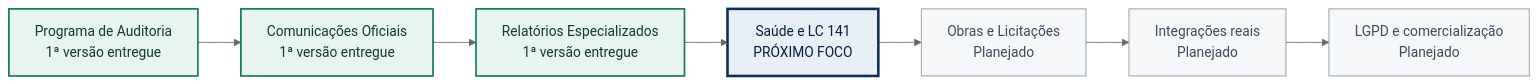
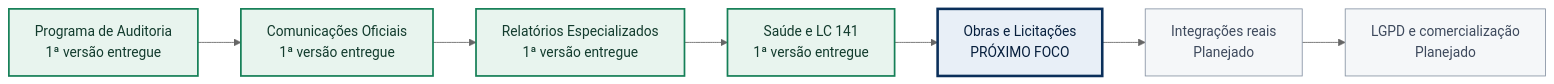
The second of 3 diagrams in docs/roadmap-modulos.md (matssz/trilhagov), drawn with Mermaid (neutral theme) before and after one commit. The commit also changed other lines of this file and 24 other files, not shown here.

````diff
--- a/docs/roadmap-modulos.md
+++ b/docs/roadmap-modulos.md
@@ -36,19 +36,19 @@
 ```mermaid
 flowchart LR
     A["Programa de Auditoria<br/>1ª versão entregue"]
     B["Comunicações Oficiais<br/>1ª versão entregue"]
     C["Relatórios Especializados<br/>1ª versão entregue"]
-    D["Saúde e LC 141<br/>PRÓXIMO FOCO"]
-    E["Obras e Licitações<br/>Planejado"]
+    D["Saúde e LC 141<br/>1ª versão entregue"]
+    E["Obras e Licitações<br/>PRÓXIMO FOCO"]
     F["Integrações reais<br/>Planejado"]
     G["LGPD e comercialização<br/>Planejado"]
 
     A --> B --> C --> D --> E --> F --> G
 
     classDef delivered fill:#e8f4ee,stroke:#157f57,color:#123b2d,stroke-width:2px;
     classDef focus fill:#e8eff7,stroke:#0a2f5a,color:#071f3d,stroke-width:3px;
     classDef planned fill:#f5f7f9,stroke:#8995a5,color:#3e4a5d,stroke-width:1px;
-    class A,B,C delivered;
-    class D focus;
-    class E,F,G planned;
+    class A,B,C,D delivered;
+    class E focus;
+    class F,G planned;
 ```
````
